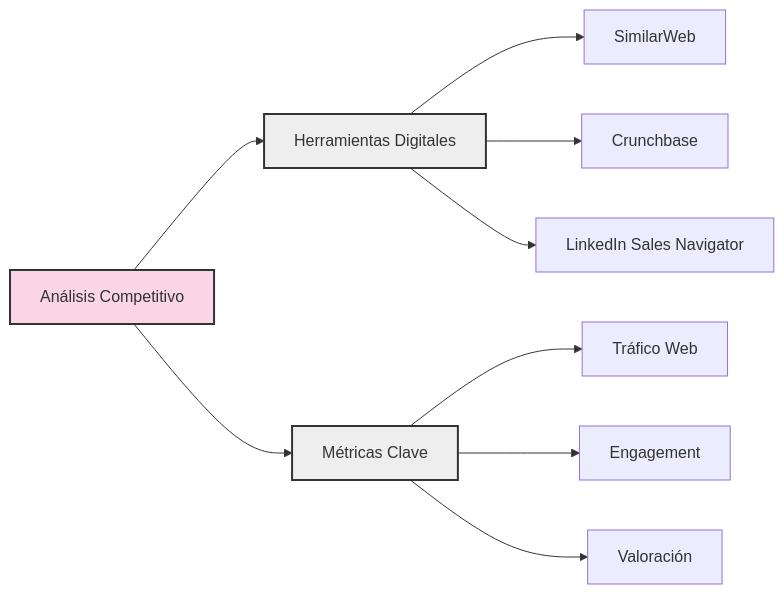
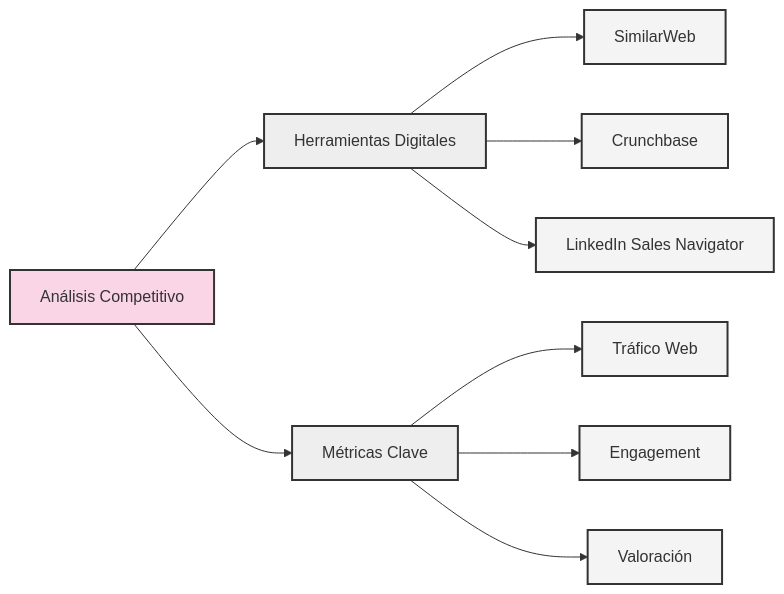
The second of 2 diagrams in docs/1-Concepcion_y_Validacion/1.2-Investigacion_de_mercado.md (nelsondiego/Doc-StartUp-from-Scratch), drawn with Mermaid before and after one commit. The commit also changed other lines of this file, not shown here.

````diff
--- a/docs/1-Concepcion_y_Validacion/1.2-Investigacion_de_mercado.md
+++ b/docs/1-Concepcion_y_Validacion/1.2-Investigacion_de_mercado.md
@@ -225,20 +225,20 @@
 ```mermaid
 flowchart LR
     A[Análisis Competitivo] --> B[Herramientas Digitales]
     B --> C[SimilarWeb]
     B --> D[Crunchbase]
     B --> E[LinkedIn Sales Navigator]
     A --> F[Métricas Clave]
     F --> G[Tráfico Web]
     F --> H[Engagement]
     F --> I[Valoración]
     style A fill:#f9d5e5,stroke:#333333,stroke-width:2px,color:#333333
     style B fill:#eeeeee,stroke:#333333,stroke-width:2px,color:#333333
-    style C color:#333333
-    style D color:#333333
-    style E color:#333333
+    style C fill:#f4f4f4,stroke:#333333,stroke-width:2px,color:#333333
+    style D fill:#f4f4f4,stroke:#333333,stroke-width:2px,color:#333333
+    style E fill:#f4f4f4,stroke:#333333,stroke-width:2px,color:#333333
     style F fill:#eeeeee,stroke:#333333,stroke-width:2px,color:#333333
-    style G color:#333333
-    style H color:#333333
-    style I color:#333333
+    style G fill:#f4f4f4,stroke:#333333,stroke-width:2px,color:#333333
+    style H fill:#f4f4f4,stroke:#333333,stroke-width:2px,color:#333333
+    style I fill:#f4f4f4,stroke:#333333,stroke-width:2px,color:#333333
 ```
````
